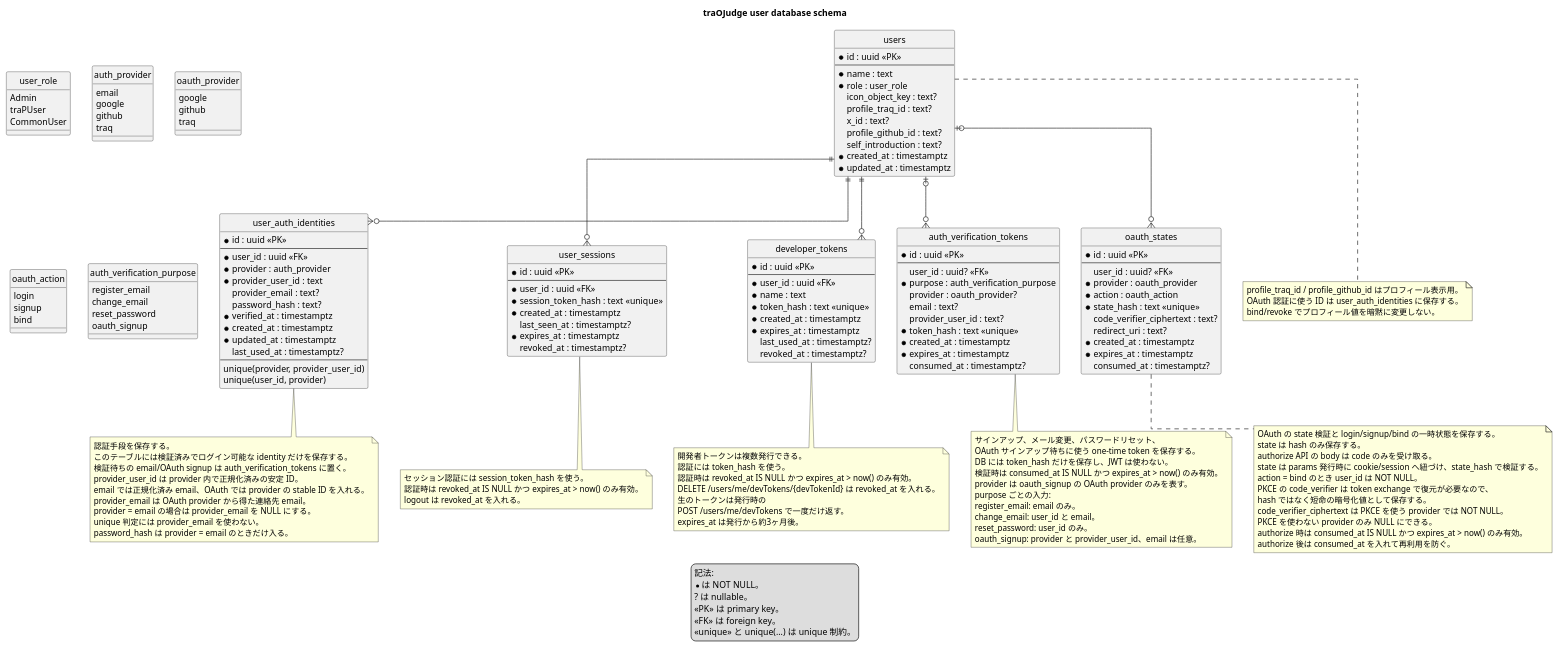
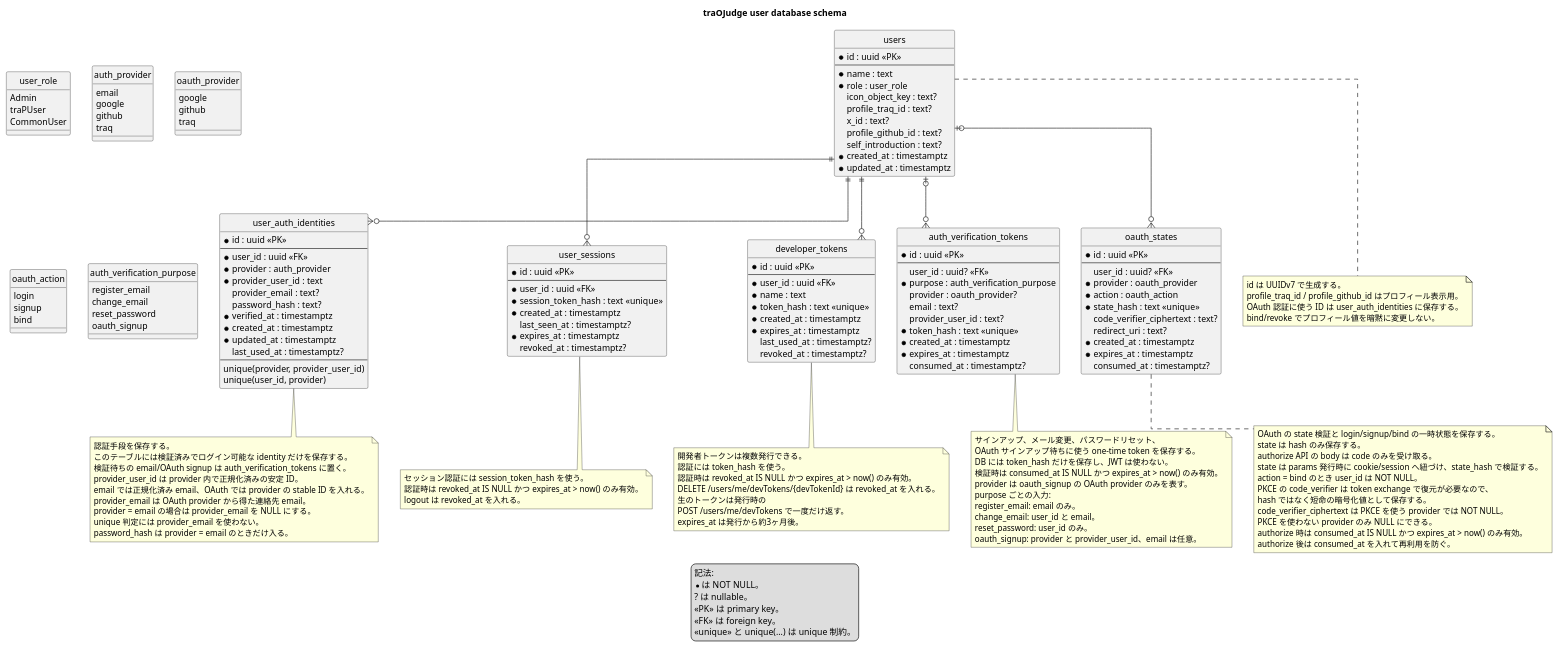
The diagram in docs/database/user.puml (traP-jp/traOJudge), drawn with PlantUML before and after one commit. The commit also changed 15 other files, not shown here.

```diff
--- a/docs/database/user.puml
+++ b/docs/database/user.puml
@@ -1,198 +1,199 @@
 @startuml user_database
 
 title traOJudge user database schema
 
 hide circle
 skinparam linetype ortho
 
 entity users {
   * id : uuid <<PK>>
   --
   * name : text
   * role : user_role
   icon_object_key : text?
   profile_traq_id : text?
   x_id : text?
   profile_github_id : text?
   self_introduction : text?
   * created_at : timestamptz
   * updated_at : timestamptz
 }
 
 entity user_auth_identities {
   * id : uuid <<PK>>
   --
   * user_id : uuid <<FK>>
   * provider : auth_provider
   * provider_user_id : text
   provider_email : text?
   password_hash : text?
   * verified_at : timestamptz
   * created_at : timestamptz
   * updated_at : timestamptz
   last_used_at : timestamptz?
   --
   unique(provider, provider_user_id)
   unique(user_id, provider)
 }
 
 entity user_sessions {
   * id : uuid <<PK>>
   --
   * user_id : uuid <<FK>>
   * session_token_hash : text <<unique>>
   * created_at : timestamptz
   last_seen_at : timestamptz?
   * expires_at : timestamptz
   revoked_at : timestamptz?
 }
 
 entity developer_tokens {
   * id : uuid <<PK>>
   --
   * user_id : uuid <<FK>>
   * name : text
   * token_hash : text <<unique>>
   * created_at : timestamptz
   * expires_at : timestamptz
   last_used_at : timestamptz?
   revoked_at : timestamptz?
 }
 
 entity auth_verification_tokens {
   * id : uuid <<PK>>
   --
   user_id : uuid? <<FK>>
   * purpose : auth_verification_purpose
   provider : oauth_provider?
   email : text?
   provider_user_id : text?
   * token_hash : text <<unique>>
   * created_at : timestamptz
   * expires_at : timestamptz
   consumed_at : timestamptz?
 }
 
 entity oauth_states {
   * id : uuid <<PK>>
   --
   user_id : uuid? <<FK>>
   * provider : oauth_provider
   * action : oauth_action
   * state_hash : text <<unique>>
   code_verifier_ciphertext : text?
   redirect_uri : text?
   * created_at : timestamptz
   * expires_at : timestamptz
   consumed_at : timestamptz?
 }
 
 enum user_role {
   Admin
   traPUser
   CommonUser
 }
 
 enum auth_provider {
   email
   google
   github
   traq
 }
 
 enum oauth_provider {
   google
   github
   traq
 }
 
 enum oauth_action {
   login
   signup
   bind
 }
 
 enum auth_verification_purpose {
   register_email
   change_email
   reset_password
   oauth_signup
 }
 
 users ||--o{ user_auth_identities
 users ||--o{ user_sessions
 users ||--o{ developer_tokens
 users |o--o{ auth_verification_tokens
 users |o--o{ oauth_states
 
 legend bottom
   記法:
   * は NOT NULL。
   ? は nullable。
   <<PK>> は primary key。
   <<FK>> は foreign key。
   <<unique>> と unique(...) は unique 制約。
 end legend
 
 note bottom of users
+  id は UUIDv7 で生成する。
   profile_traq_id / profile_github_id はプロフィール表示用。
   OAuth 認証に使う ID は user_auth_identities に保存する。
   bind/revoke でプロフィール値を暗黙に変更しない。
 end note
 
 note bottom of user_auth_identities
   認証手段を保存する。
   このテーブルには検証済みでログイン可能な identity だけを保存する。
   検証待ちの email/OAuth signup は auth_verification_tokens に置く。
   provider_user_id は provider 内で正規化済みの安定 ID。
   email では正規化済み email、OAuth では provider の stable ID を入れる。
   provider_email は OAuth provider から得た連絡先 email。
   provider = email の場合は provider_email を NULL にする。
   unique 判定には provider_email を使わない。
   password_hash は provider = email のときだけ入る。
 end note
 
 note bottom of developer_tokens
   開発者トークンは複数発行できる。
   認証には token_hash を使う。
   認証時は revoked_at IS NULL かつ expires_at > now() のみ有効。
   DELETE /users/me/devTokens/{devTokenId} は revoked_at を入れる。
   生のトークンは発行時の
   POST /users/me/devTokens で一度だけ返す。
   expires_at は発行から約3ヶ月後。
 end note
 
 note bottom of user_sessions
   セッション認証には session_token_hash を使う。
   認証時は revoked_at IS NULL かつ expires_at > now() のみ有効。
   logout は revoked_at を入れる。
 end note
 
 note bottom of auth_verification_tokens
   サインアップ、メール変更、パスワードリセット、
   OAuth サインアップ待ちに使う one-time token を保存する。
   DB には token_hash だけを保存し、JWT は使わない。
   検証時は consumed_at IS NULL かつ expires_at > now() のみ有効。
   provider は oauth_signup の OAuth provider のみを表す。
   purpose ごとの入力:
   register_email: email のみ。
   change_email: user_id と email。
   reset_password: user_id のみ。
   oauth_signup: provider と provider_user_id、email は任意。
 end note
 
 note bottom of oauth_states
   OAuth の state 検証と login/signup/bind の一時状態を保存する。
   state は hash のみ保存する。
   authorize API の body は code のみを受け取る。
   state は params 発行時に cookie/session へ紐づけ、state_hash で検証する。
   action = bind のとき user_id は NOT NULL。
   PKCE の code_verifier は token exchange で復元が必要なので、
   hash ではなく短命の暗号化値として保存する。
   code_verifier_ciphertext は PKCE を使う provider では NOT NULL。
   PKCE を使わない provider のみ NULL にできる。
   authorize 時は consumed_at IS NULL かつ expires_at > now() のみ有効。
   authorize 後は consumed_at を入れて再利用を防ぐ。
 end note
 
 @enduml
```
